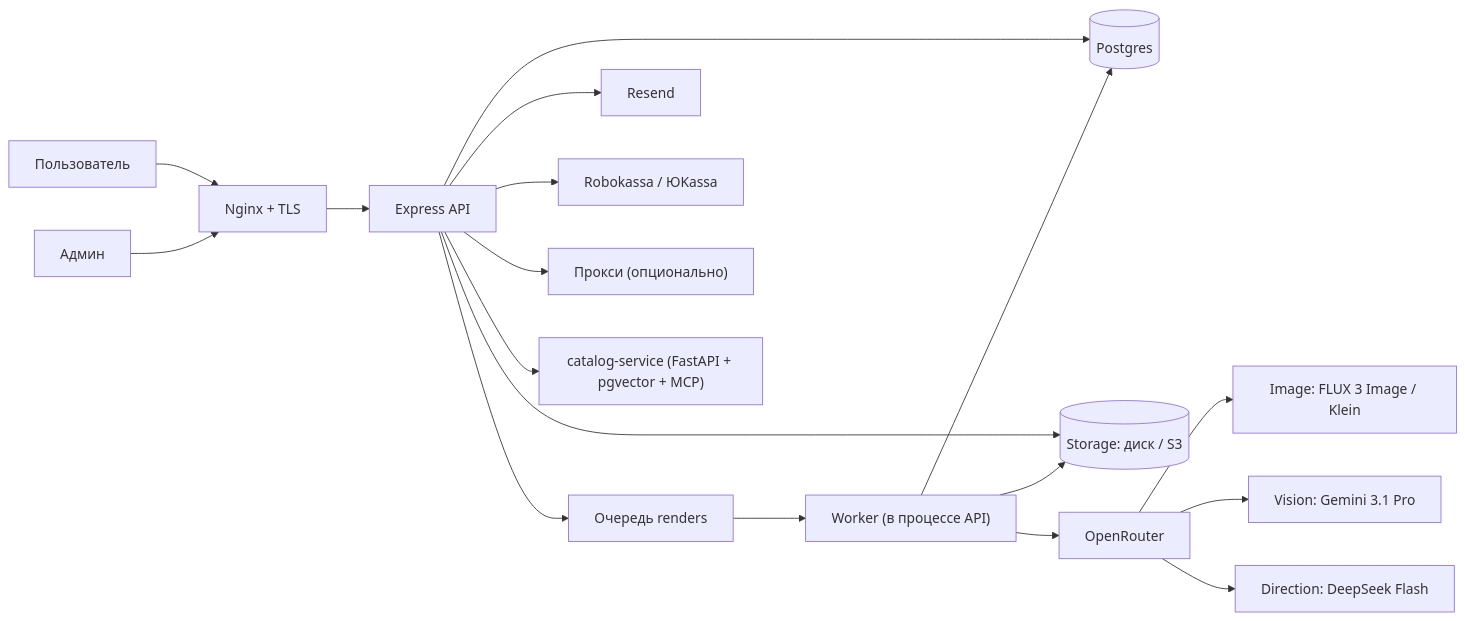
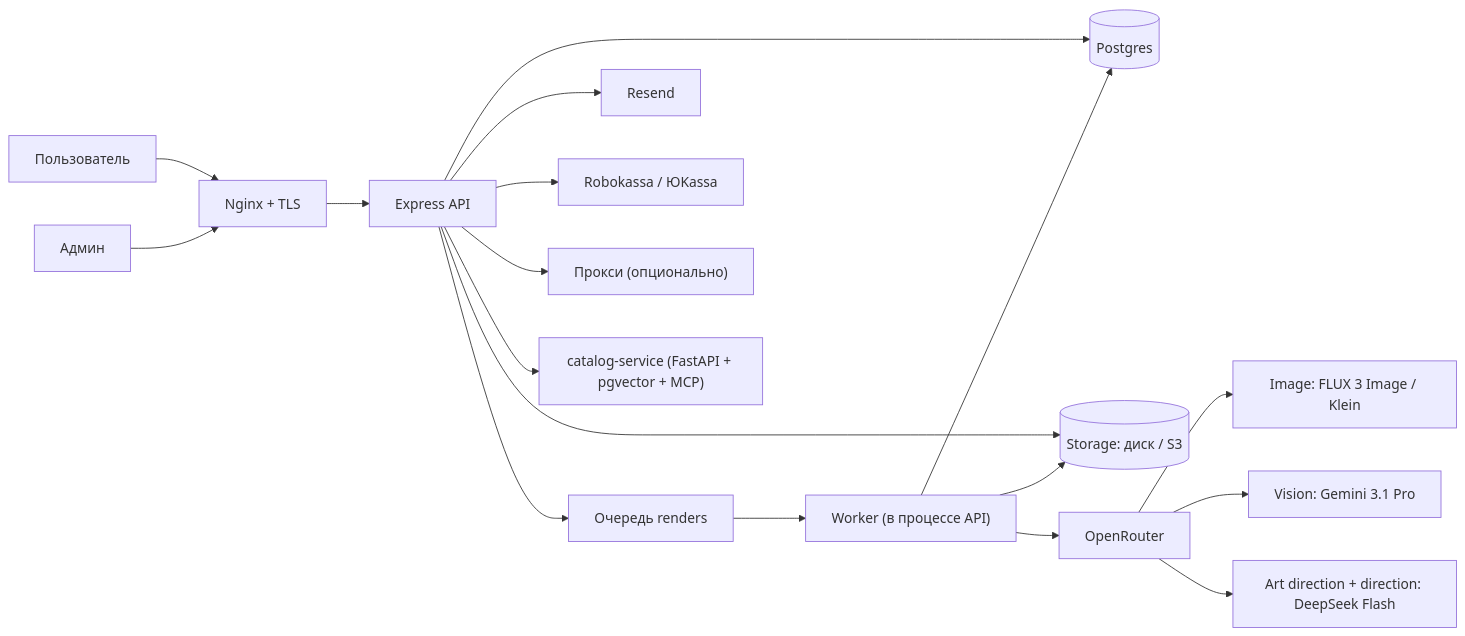
Before and after one commit to oblacko/remontvision: the first of 2 diagrams in docs/ARCHITECTURE.md, drawn with Mermaid. The commit also changed other lines of this file and 17 other files, not shown here.

````diff
--- a/docs/ARCHITECTURE.md
+++ b/docs/ARCHITECTURE.md
@@ -7,20 +7,20 @@
 ```mermaid
 flowchart LR
   U["Пользователь"] --> N["Nginx + TLS"]
   A["Админ"] --> N
   N --> E["Express API"]
   E --> P[("Postgres")]
   E --> F[("Storage: диск / S3")]
   E --> Q["Очередь renders"]
   Q --> W["Worker (в процессе API)"]
   W --> P
   W --> F
   W --> O["OpenRouter"]
   O --> S["Image: FLUX 3 Image / Klein"]
   O --> G["Vision: Gemini 3.1 Pro"]
-  O --> D["Direction: DeepSeek Flash"]
+  O --> D["Art direction + direction: DeepSeek Flash"]
   E --> R["Resend"]
   E --> Y["Robokassa / ЮKassa"]
   E --> X["Прокси (опционально)"]
   E --> C["catalog-service (FastAPI + pgvector + MCP)"]
 ```
````
